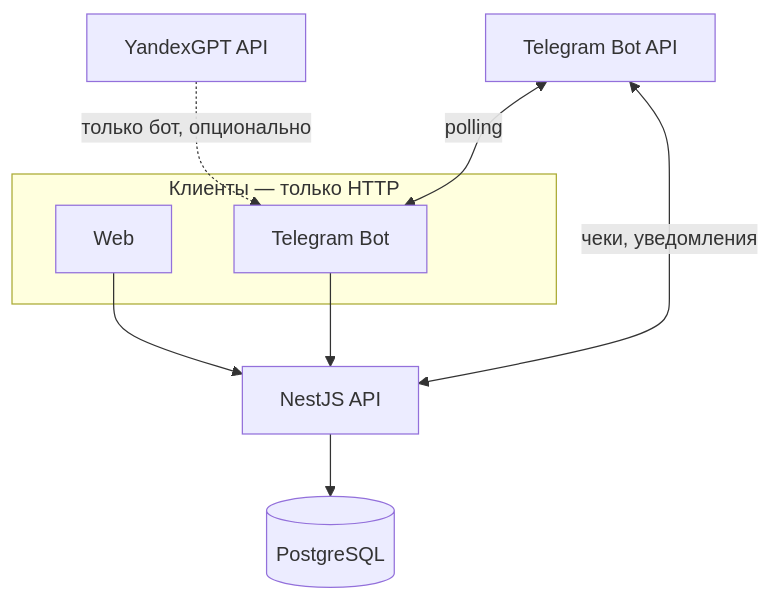
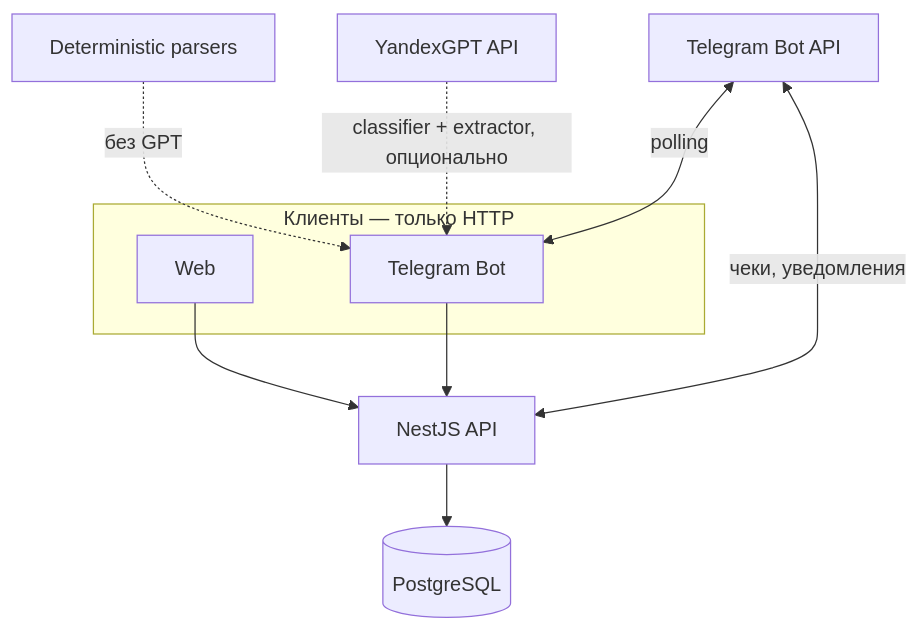
Before and after one commit to R1ankeel/neportal: the diagram in docs/developer-guide.md, drawn with Mermaid. The commit also changed other lines of this file and 11 other files, not shown here.

````diff
--- a/docs/developer-guide.md
+++ b/docs/developer-guide.md
@@ -29,15 +29,16 @@
 ```mermaid
 flowchart TB
   subgraph clients [Клиенты — только HTTP]
     W[Web]
     T[Telegram Bot]
   end
   API[NestJS API]
   DB[(PostgreSQL)]
   W --> API
   T --> API
   API --> DB
-  Yandex[YandexGPT API] -.->|только бот, опционально| T
+  Det[Deterministic parsers] -.->|без GPT| T
+  Yandex[YandexGPT API] -.->|classifier + extractor, опционально| T
   TG[Telegram Bot API] <-->|чеки, уведомления| API
   TG <-->|polling| T
 ```
````
